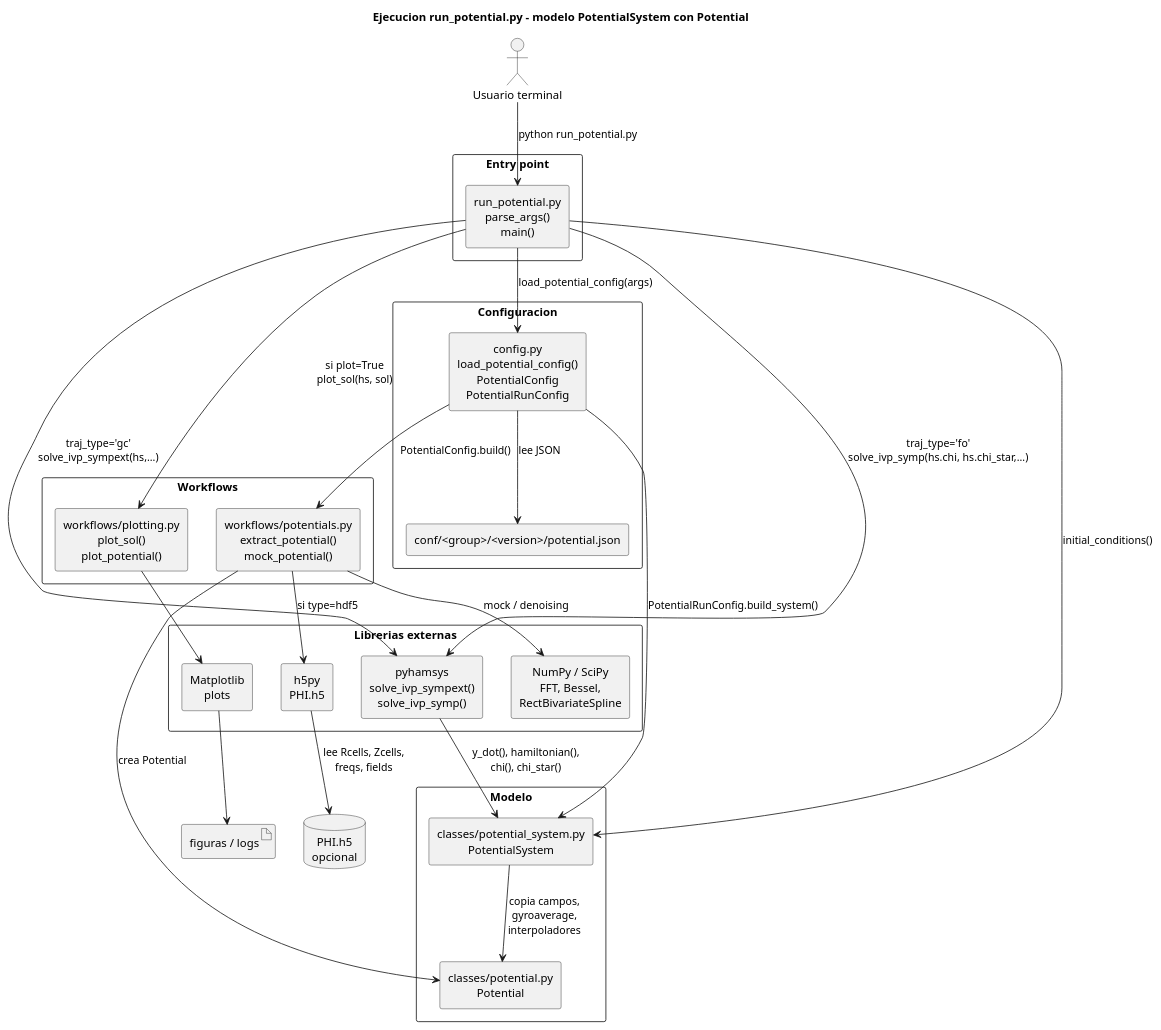
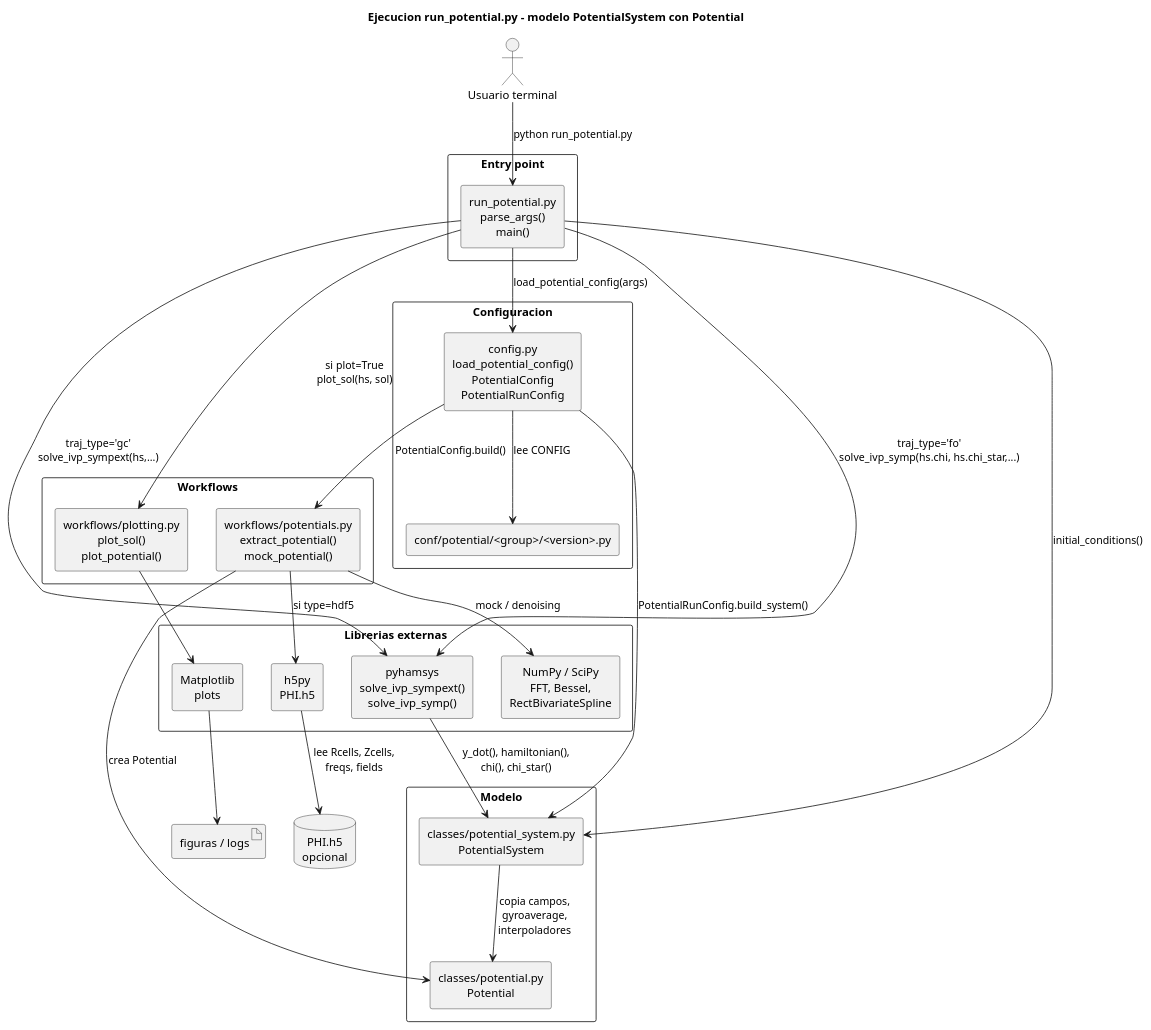
Before and after one commit to Jugibe-52/GC2D_intranet: the diagram in docs/potential_execution/flow.puml, drawn with PlantUML. The commit also changed 23 other files, not shown here.

```diff
--- a/docs/potential_execution/flow.puml
+++ b/docs/potential_execution/flow.puml
@@ -1,62 +1,62 @@
 @startuml PotentialSystem_potential_execution_flow
 title Ejecucion run_potential.py - modelo PotentialSystem con Potential
 
 skinparam componentStyle rectangle
 skinparam shadowing false
 skinparam packageStyle rectangle
 skinparam defaultTextAlignment center
 
 actor "Usuario terminal" as user
 
 package "Entry point" {
   component "run_potential.py\nparse_args()\nmain()" as cli
 }
 
 package "Configuracion" {
-  component "conf/<group>/<version>/potential.json" as json
+  component "conf/potential/<group>/<version>.py" as json
   component "config.py\nload_potential_config()\nPotentialConfig\nPotentialRunConfig" as config
 }
 
 package "Workflows" {
   component "workflows/potentials.py\nextract_potential()\nmock_potential()" as potentials
   component "workflows/plotting.py\nplot_sol()\nplot_potential()" as plotting
 }
 
 package "Modelo" {
   component "classes/potential.py\nPotential" as potential
   component "classes/potential_system.py\nPotentialSystem" as fourier_cli
 }
 
 package "Librerias externas" {
   component "h5py\nPHI.h5" as h5py
   component "NumPy / SciPy\nFFT, Bessel,\nRectBivariateSpline" as scipy
   component "pyhamsys\nsolve_ivp_sympext()\nsolve_ivp_symp()" as pyhamsys
   component "Matplotlib\nplots" as mpl
 }
 
 database "PHI.h5\nopcional" as hdf5
 artifact "figuras / logs" as outputs
 
 user --> cli : python run_potential.py
 cli --> config : load_potential_config(args)
-config --> json : lee JSON
+config --> json : lee CONFIG
 
 config --> potentials : PotentialConfig.build()
 potentials --> h5py : si type=hdf5
 h5py --> hdf5 : lee Rcells, Zcells,\nfreqs, fields
 potentials --> potential : crea Potential
 potentials --> scipy : mock / denoising
 
 config --> fourier_cli : PotentialRunConfig.build_system()
 fourier_cli --> potential : copia campos,\ngyroaverage,\ninterpoladores
 
 cli --> fourier_cli : initial_conditions()
 cli --> pyhamsys : traj_type='gc'\nsolve_ivp_sympext(hs,...)
 cli --> pyhamsys : traj_type='fo'\nsolve_ivp_symp(hs.chi, hs.chi_star,...)
 pyhamsys --> fourier_cli : y_dot(), hamiltonian(),\nchi(), chi_star()
 
 cli --> plotting : si plot=True\nplot_sol(hs, sol)
 plotting --> mpl
 mpl --> outputs
 
 @enduml
```
